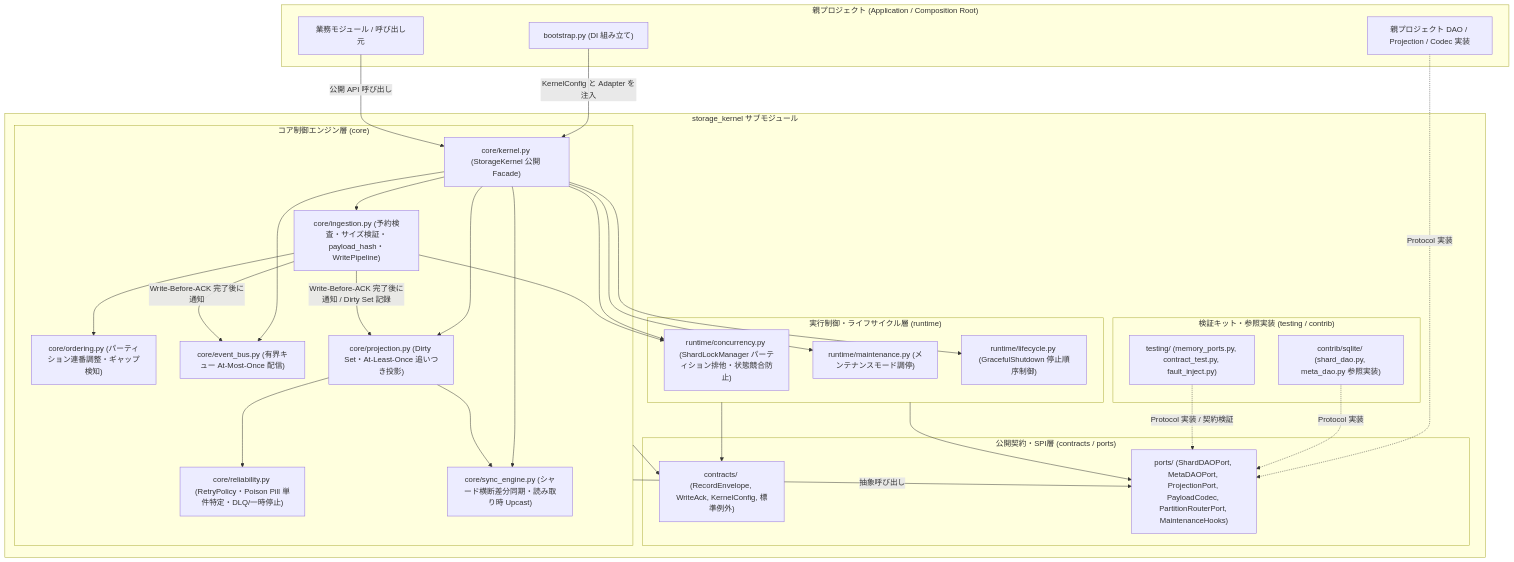
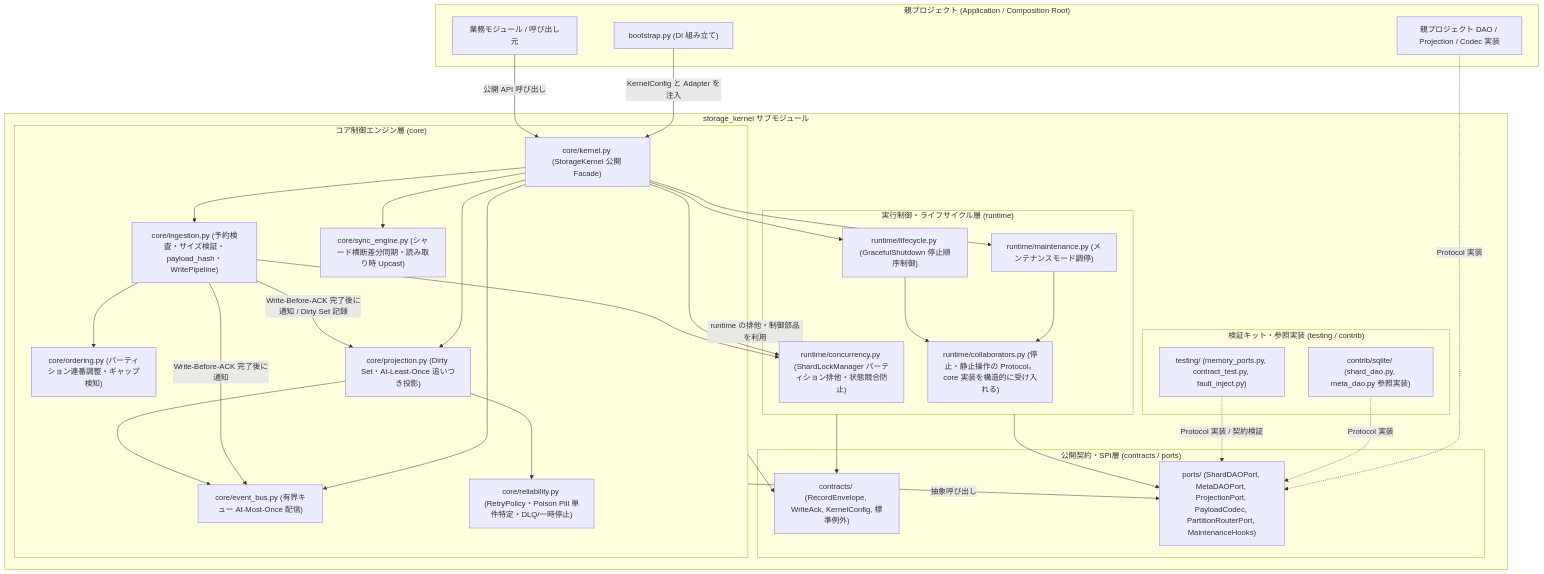
The diagram in docs/design/DBF-BD-001_基本設計書.md (xzyozi/db-foundation-), drawn with Mermaid before and after one commit. The commit also changed other lines of this file and 1 other file, not shown here.

Commit message:
[docs] BD/DD の runtime と core の依存記述を実装に整合 (#37)

````diff
--- a/docs/design/DBF-BD-001_基本設計書.md
+++ b/docs/design/DBF-BD-001_基本設計書.md
@@ -100,62 +100,66 @@
 ```mermaid
 flowchart TD
     subgraph ParentApp ["親プロジェクト (Application / Composition Root)"]
         AppLogic["業務モジュール / 呼び出し元"]
         Bootstrap["bootstrap.py (DI 組み立て)"]
         ParentAdapters["親プロジェクト DAO / Projection / Codec 実装"]
     end
 
     subgraph StorageKernel ["storage_kernel サブモジュール"]
         subgraph PublicLayer ["公開契約・SPI層 (contracts / ports)"]
             Contracts["contracts/ (RecordEnvelope, WriteAck, KernelConfig, 標準例外)"]
             Ports["ports/ (ShardDAOPort, MetaDAOPort, ProjectionPort, PayloadCodec, PartitionRouterPort, MaintenanceHooks)"]
         end
 
         subgraph CoreLayer ["コア制御エンジン層 (core)"]
             KernelFacade["core/kernel.py (StorageKernel 公開 Facade)"]
             Ingestion["core/ingestion.py (予約検査・サイズ検証・payload_hash・WritePipeline)"]
             Ordering["core/ordering.py (パーティション連番調整・ギャップ検知)"]
             EventBus["core/event_bus.py (有界キュー At-Most-Once 配信)"]
             ProjectionRunner["core/projection.py (Dirty Set・At-Least-Once 追いつき投影)"]
             Reliability["core/reliability.py (RetryPolicy・Poison Pill 単件特定・DLQ/一時停止)"]
             SyncEngine["core/sync_engine.py (シャード横断差分同期・読み取り時 Upcast)"]
         end
 
         subgraph RuntimeLayer ["実行制御・ライフサイクル層 (runtime)"]
             Concurrency["runtime/concurrency.py (ShardLockManager パーティション排他・状態競合防止)"]
             Maintenance["runtime/maintenance.py (メンテナンスモード調停)"]
             Lifecycle["runtime/lifecycle.py (GracefulShutdown 停止順序制御)"]
+            Collaborators["runtime/collaborators.py (停止・静止操作の Protocol。core 実装を構造的に受け入れる)"]
         end
 
         subgraph VerificationAndRef ["検証キット・参照実装 (testing / contrib)"]
             TestingKit["testing/ (memory_ports.py, contract_test.py, fault_inject.py)"]
             SqliteContrib["contrib/sqlite/ (shard_dao.py, meta_dao.py 参照実装)"]
         end
     end
 
     Bootstrap -->|KernelConfig と Adapter を注入| KernelFacade
     AppLogic -->|公開 API 呼び出し| KernelFacade
     ParentAdapters -.->|Protocol 実装| Ports
     SqliteContrib -.->|Protocol 実装| Ports
     TestingKit -.->|Protocol 実装 / 契約検証| Ports
 
     KernelFacade --> Ingestion
     KernelFacade --> EventBus
     KernelFacade --> ProjectionRunner
     KernelFacade --> SyncEngine
     KernelFacade --> Concurrency
     KernelFacade --> Maintenance
     KernelFacade --> Lifecycle
 
     Ingestion --> Ordering
     Ingestion --> Concurrency
     Ingestion -->|Write-Before-ACK 完了後に通知| EventBus
     Ingestion -->|Write-Before-ACK 完了後に通知 / Dirty Set 記録| ProjectionRunner
     ProjectionRunner --> Reliability
-    ProjectionRunner --> SyncEngine
+    ProjectionRunner --> EventBus
+    Maintenance --> Collaborators
+    Lifecycle --> Collaborators
 
     CoreLayer -->|抽象呼び出し| Ports
     CoreLayer --> Contracts
+    CoreLayer -->|runtime の排他・制御部品を利用| RuntimeLayer
     RuntimeLayer --> Ports
     RuntimeLayer --> Contracts
 ```
````
